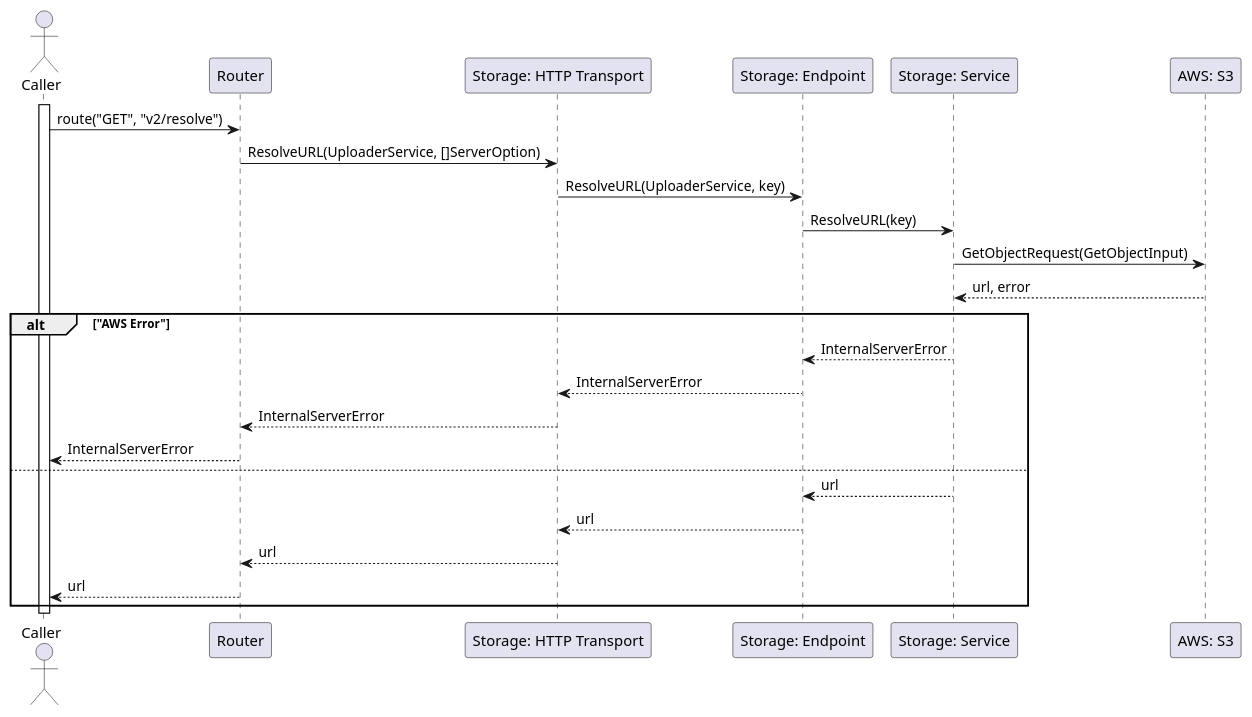
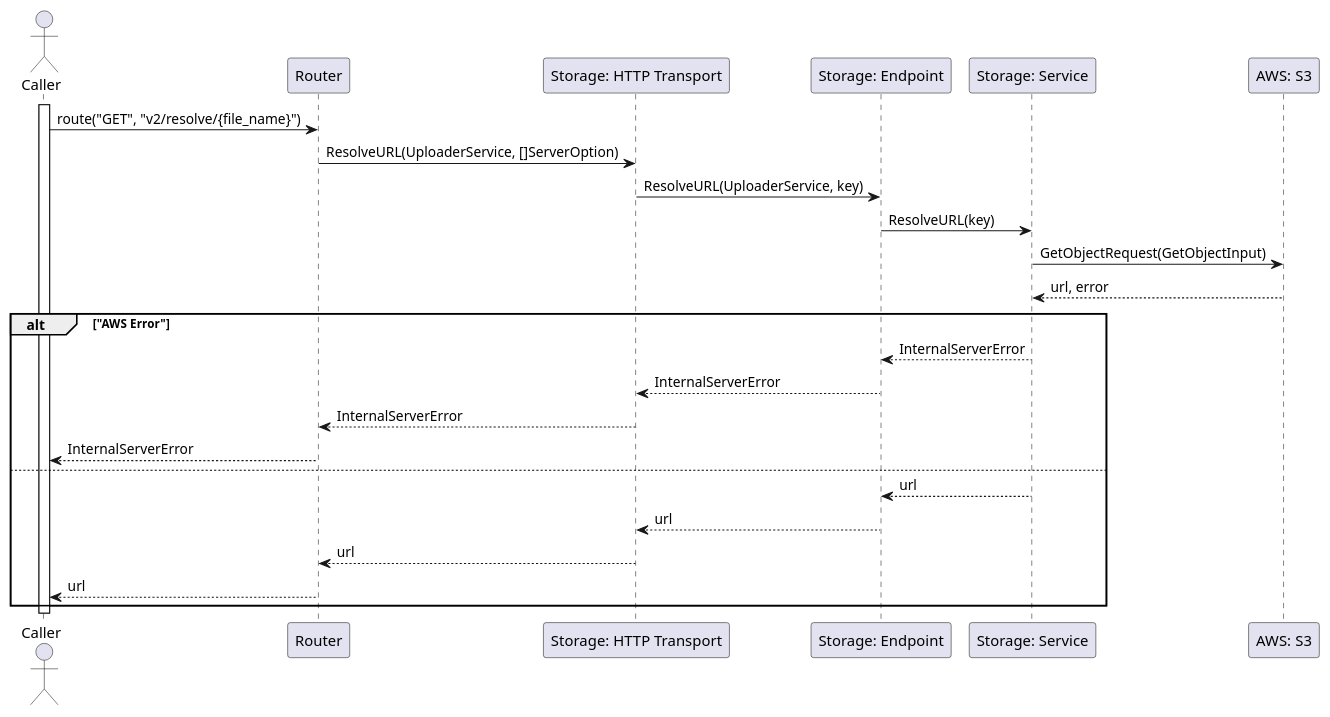
Before and after one commit to fwidjaya20/fazzlearning-uml: the diagram in Sequance/Release01/Resolve.wsd, drawn with PlantUML. The commit also changed 7 other files, not shown here.

Commit message:
sequence: updating invalid route

```diff
--- a/Sequance/Release01/Resolve.wsd
+++ b/Sequance/Release01/Resolve.wsd
@@ -1,34 +1,34 @@
 @startuml Resolve
 
 actor Caller
 participant "Router" as Router
 participant "Storage: HTTP Transport" as StorageHTTPTransport
 participant "Storage: Endpoint" as StorageEndpoint
 participant "Storage: Service" as StorageService
 participant "AWS: S3" as AWSS3
 
 
 activate Caller
 
-Caller->Router: route("GET", "v2/resolve")
+Caller->Router: route("GET", "v2/resolve/{file_name}")
 Router->StorageHTTPTransport: ResolveURL(UploaderService, []ServerOption)
 StorageHTTPTransport->StorageEndpoint: ResolveURL(UploaderService, key)
 StorageEndpoint->StorageService: ResolveURL(key)
 StorageService->AWSS3: GetObjectRequest(GetObjectInput)
 AWSS3-->StorageService: url, error
 
 alt "AWS Error"
     StorageService-->StorageEndpoint: InternalServerError
     StorageEndpoint-->StorageHTTPTransport: InternalServerError
     StorageHTTPTransport-->Router: InternalServerError
     Router-->Caller: InternalServerError
 else
     StorageService-->StorageEndpoint: url
     StorageEndpoint-->StorageHTTPTransport: url
     StorageHTTPTransport-->Router: url
     Router-->Caller: url
 end
 
 deactivate Caller
 
 @enduml
```
